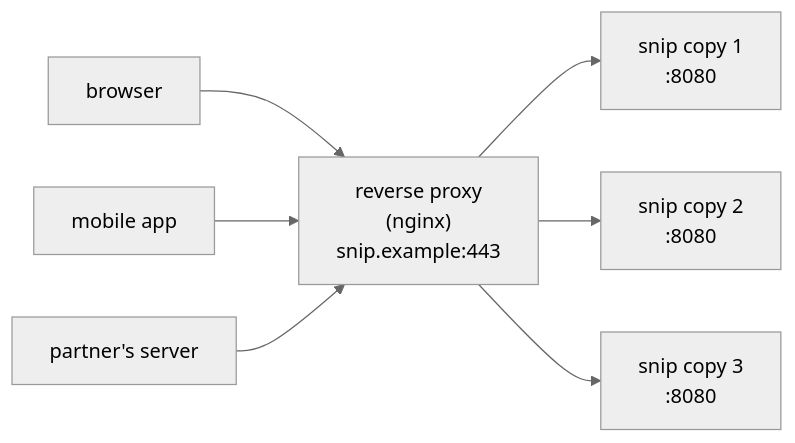
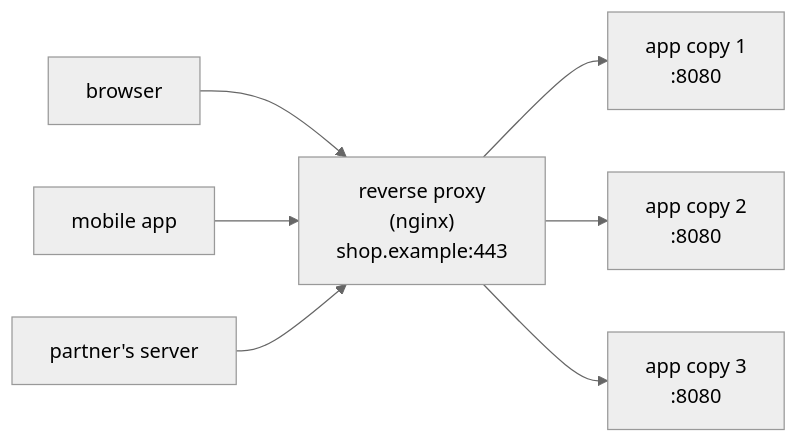
The diagram in docs/distributed/reverse-proxies-and-nginx.mdx (jawwadzafar/zero-to-prod), drawn with Mermaid (neutral theme) before and after one commit. The commit also changed other lines of this file, not shown here.

Commit message:
docs: 8.3 builds a reverse proxy on a standalone nginx + two whoami copies stack and breaks it with real measured output (failover, connect-timeout cost, stale addresses, spoofed X-Forwarded-For) before applying it to snip's nginx config; fixes an invalid comment in the TLS example

````diff
--- a/docs/distributed/reverse-proxies-and-nginx.mdx
+++ b/docs/distributed/reverse-proxies-and-nginx.mdx
@@ -28,7 +29,7 @@
 ```mermaid
 flowchart LR
-    C1["browser"] & C2["mobile app"] & C3["partner's server"] --> RP["reverse proxy<br/>(nginx)<br/>snip.example:443"]
-    RP --> A1["snip copy 1<br/>:8080"]
-    RP --> A2["snip copy 2<br/>:8080"]
-    RP --> A3["snip copy 3<br/>:8080"]
+    C1["browser"] & C2["mobile app"] & C3["partner's server"] --> RP["reverse proxy<br/>(nginx)<br/>shop.example:443"]
+    RP --> A1["app copy 1<br/>:8080"]
+    RP --> A2["app copy 2<br/>:8080"]
+    RP --> A3["app copy 3<br/>:8080"]
 ```
````
